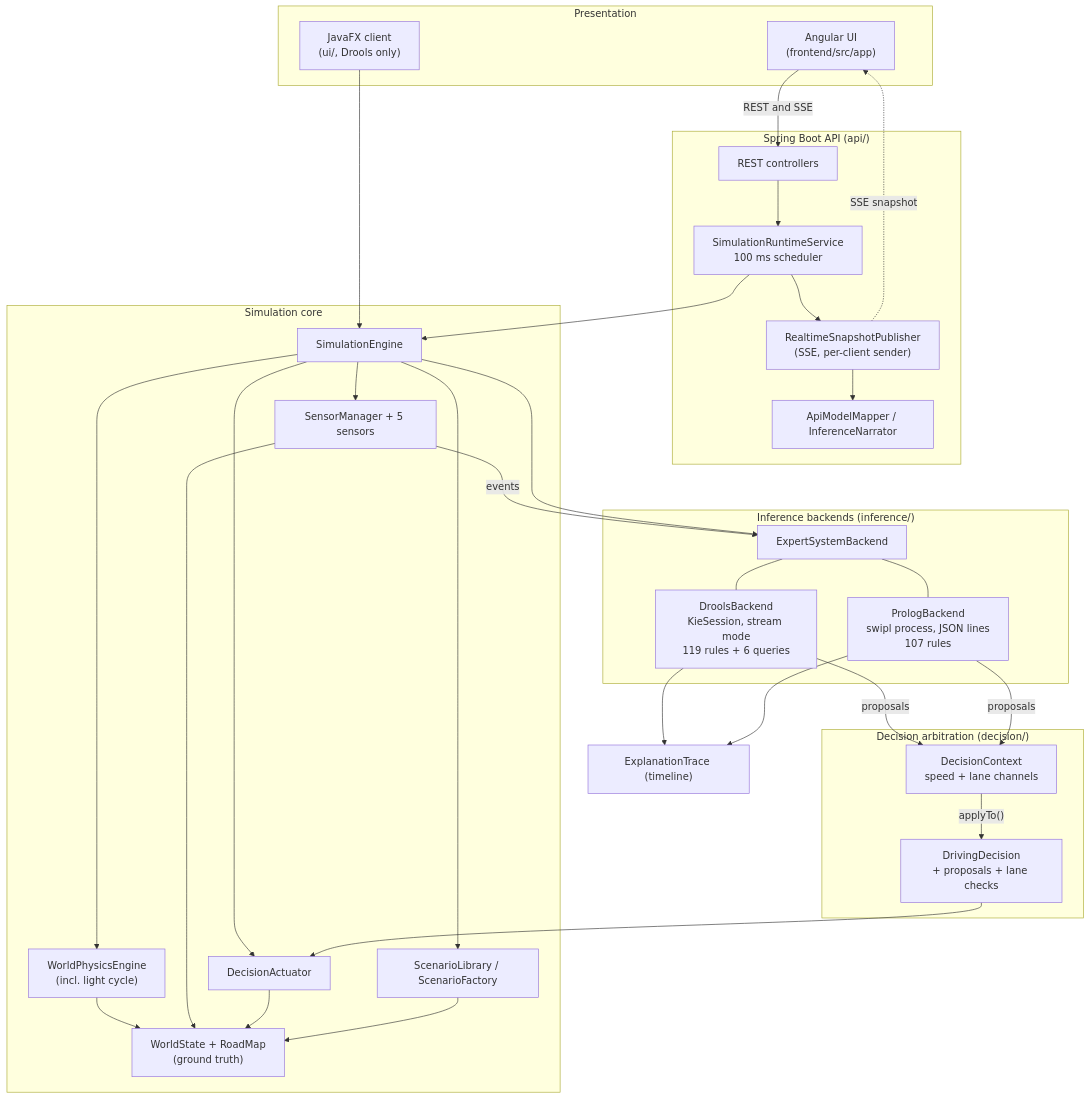
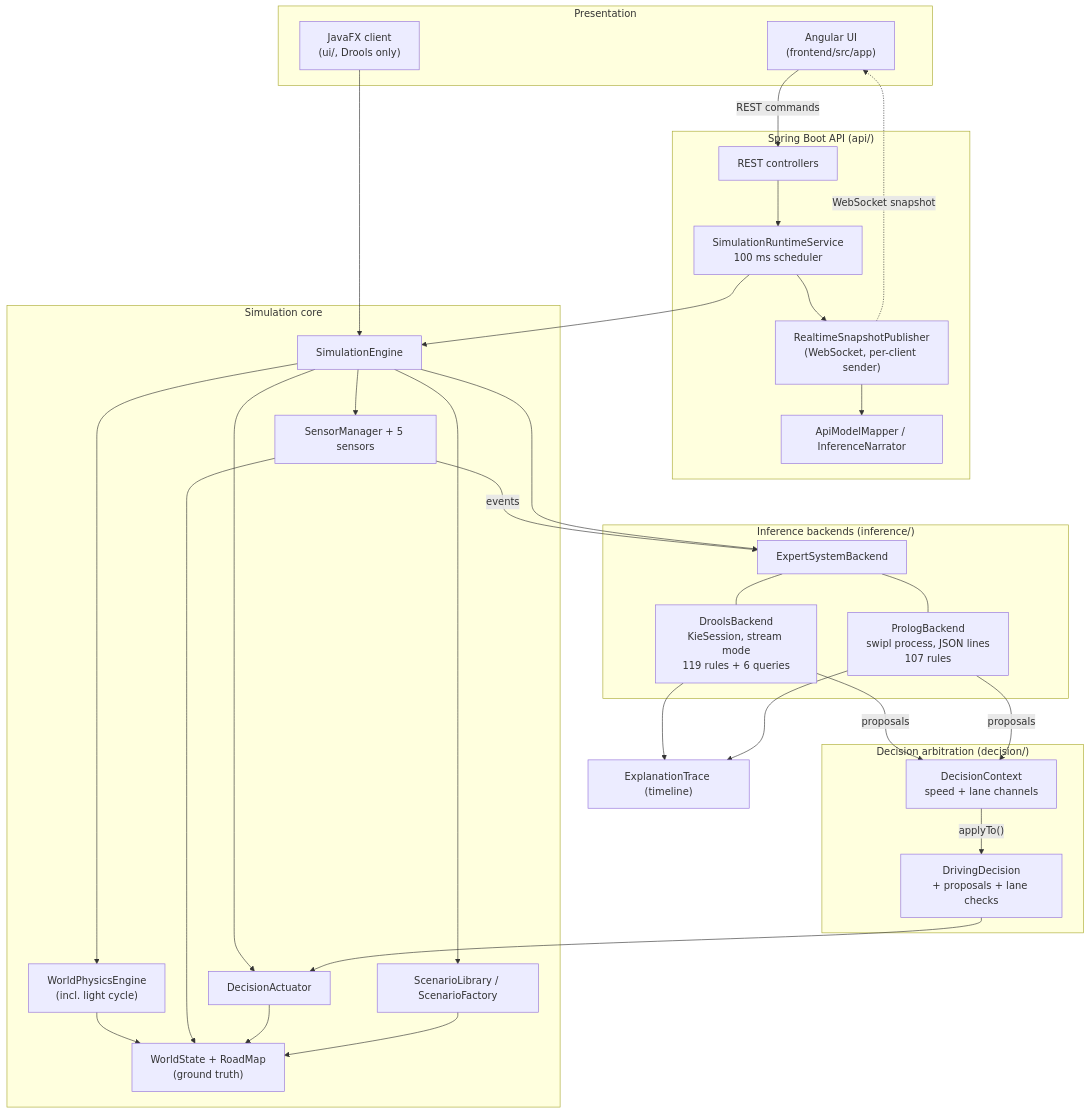
One commit to 1-2Drive/projeto-1 changed the first of 3 diagrams in docs/ARCHITECTURE.md. Above: the diagram before and after it, drawn with Mermaid. The commit also changed other lines of this file and 25 other files, not shown here.

````diff
--- a/docs/ARCHITECTURE.md
+++ b/docs/ARCHITECTURE.md
@@ -71,54 +71,54 @@
 ```mermaid
 flowchart TB
     subgraph Presentation
         NG["Angular UI<br/>(frontend/src/app)"]
         FX["JavaFX client<br/>(ui/, Drools only)"]
     end
     subgraph API["Spring Boot API (api/)"]
         CTRL["REST controllers"]
         RTS["SimulationRuntimeService<br/>100 ms scheduler"]
-        PUB["RealtimeSnapshotPublisher<br/>(SSE, per-client sender)"]
+        PUB["RealtimeSnapshotPublisher<br/>(WebSocket, per-client sender)"]
         MAP["ApiModelMapper / InferenceNarrator"]
     end
     subgraph Core["Simulation core"]
         ENG["SimulationEngine"]
         WS["WorldState + RoadMap<br/>(ground truth)"]
         PHY["WorldPhysicsEngine<br/>(incl. light cycle)"]
         SEN["SensorManager + 5 sensors"]
         ACT["DecisionActuator"]
         SCN["ScenarioLibrary / ScenarioFactory"]
     end
     subgraph Inference["Inference backends (inference/)"]
         IF["ExpertSystemBackend"]
         DB["DroolsBackend<br/>KieSession, stream mode<br/>119 rules + 6 queries"]
         PB["PrologBackend<br/>swipl process, JSON lines<br/>107 rules"]
     end
     subgraph Decision["Decision arbitration (decision/)"]
         DCX["DecisionContext<br/>speed + lane channels"]
         DD["DrivingDecision<br/>+ proposals + lane checks"]
     end
     EXP["ExplanationTrace (timeline)"]
 
-    NG -->|REST and SSE| CTRL
-    PUB -.->|SSE snapshot| NG
+    NG -->|REST commands| CTRL
+    PUB -.->|WebSocket snapshot| NG
     CTRL --> RTS
     RTS --> ENG
     RTS --> PUB
     PUB --> MAP
     FX --> ENG
     ENG --> PHY --> WS
     ENG --> SEN --> WS
     SEN -->|events| IF
     ENG --> IF
     IF --- DB
     IF --- PB
     DB -->|proposals| DCX
     PB -->|proposals| DCX
     DCX -->|"applyTo()"| DD
     ENG --> ACT
     DD --> ACT
     ACT --> WS
     ENG --> SCN --> WS
     DB --> EXP
     PB --> EXP
 ```
````
